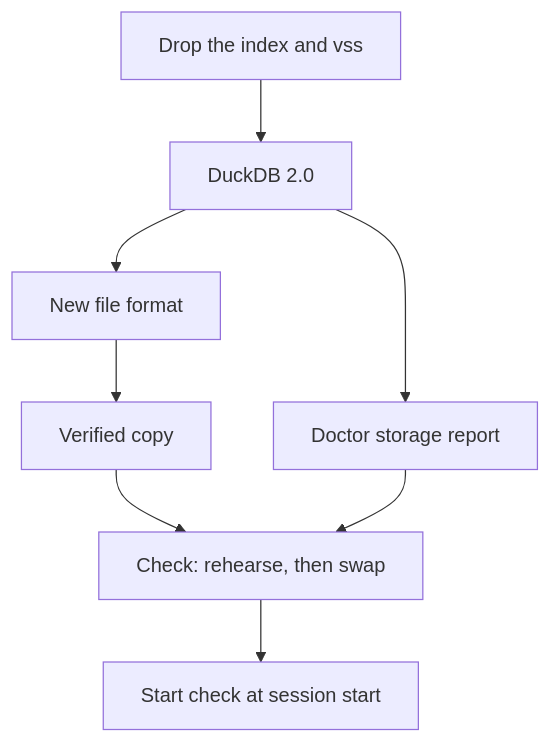
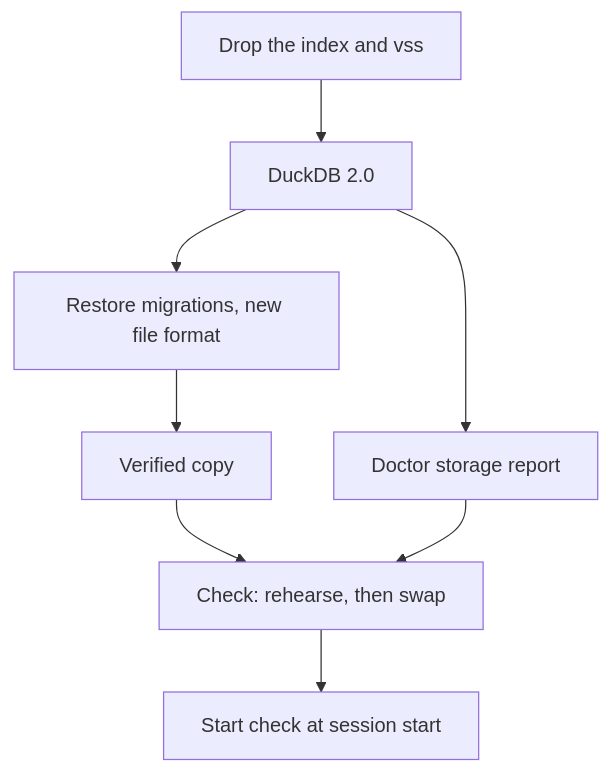
The diagram in memory-bank/active/milestones.md (Texarkanine/stockroom), drawn with Mermaid before and after one commit. The commit also changed other lines of this file and 5 other files, not shown here.

````diff
--- a/memory-bank/active/milestones.md
+++ b/memory-bank/active/milestones.md
@@ -52,17 +57,17 @@
 ```mermaid
 flowchart TD
   drop[Drop the index and vss]
   duckdb[DuckDB 2.0]
-  format[New file format]
+  format[Restore migrations, new file format]
   doctor[Doctor storage report]
   builder[Verified copy]
   check[Check: rehearse, then swap]
   hook[Start check at session start]
   drop --> duckdb
   duckdb --> format
   duckdb --> doctor
   format --> builder
   builder --> check
   doctor --> check
   check --> hook
 ```
````
